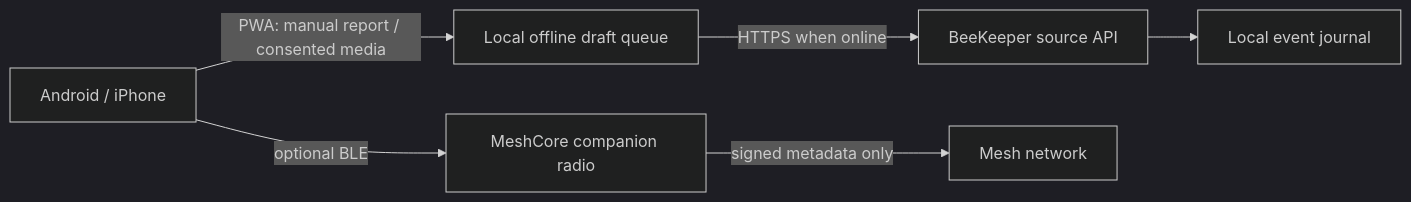
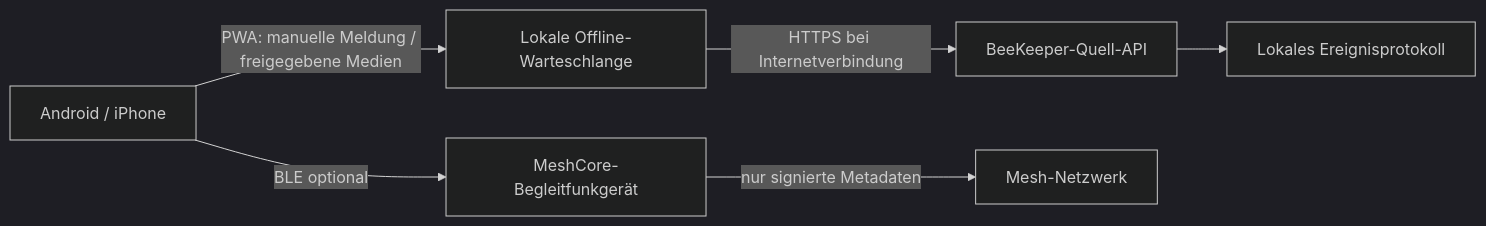
Before and after one commit to simonthomas-ai/BeeKeeper3000: the first of 4 diagrams in docs/HARDWARE-REFERENCE-DESIGNS.md, drawn with Mermaid (dark theme). The commit also changed other lines of this file, not shown here.

Commit message:
Hardware-Referenzentwürfe einschließlich Diagrammen und Sicherheitshinweisen ins Deutsche übersetzen

```diff
--- a/docs/HARDWARE-REFERENCE-DESIGNS.md
+++ b/docs/HARDWARE-REFERENCE-DESIGNS.md
@@ -6,8 +6,8 @@
 ~~~mermaid
 flowchart LR
-  P[Android / iPhone] -->|PWA: manual report / consented media| Q[Local offline draft queue]
-  Q -->|HTTPS when online| API[BeeKeeper source API]
-  P -->|optional BLE| R[MeshCore companion radio]
-  R -->|signed metadata only| M[Mesh network]
-  API --> J[Local event journal]
+  P[Android / iPhone] -->|PWA: manuelle Meldung / freigegebene Medien| Q[Lokale Offline-Warteschlange]
+  Q -->|HTTPS bei Internetverbindung| API[BeeKeeper-Quell-API]
+  P -->|BLE optional| R[MeshCore-Begleitfunkgerät]
+  R -->|nur signierte Metadaten| M[Mesh-Netzwerk]
+  API --> J[Lokales Ereignisprotokoll]
 ~~~
```
